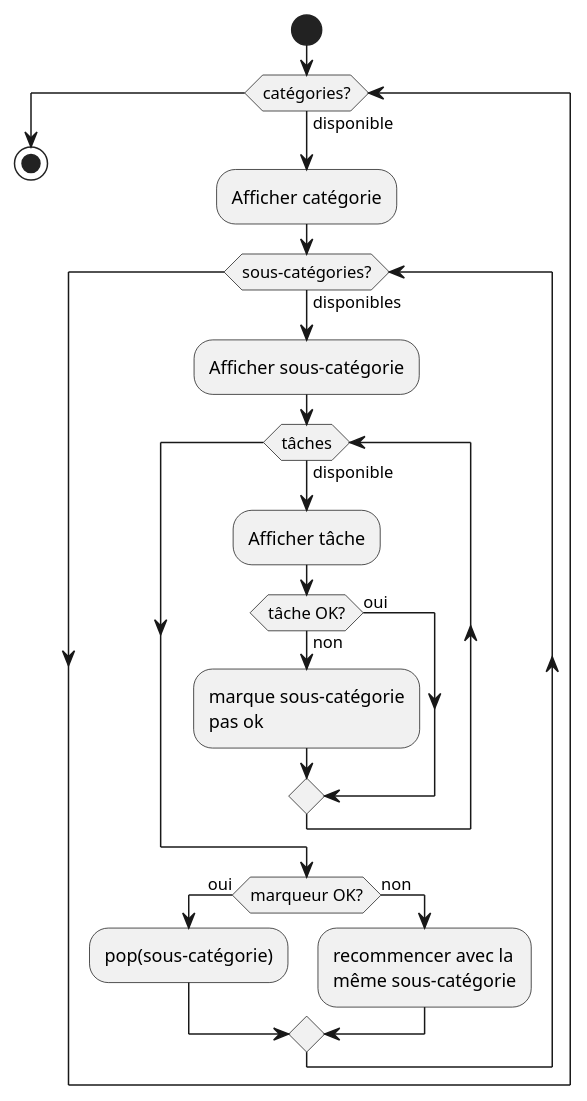
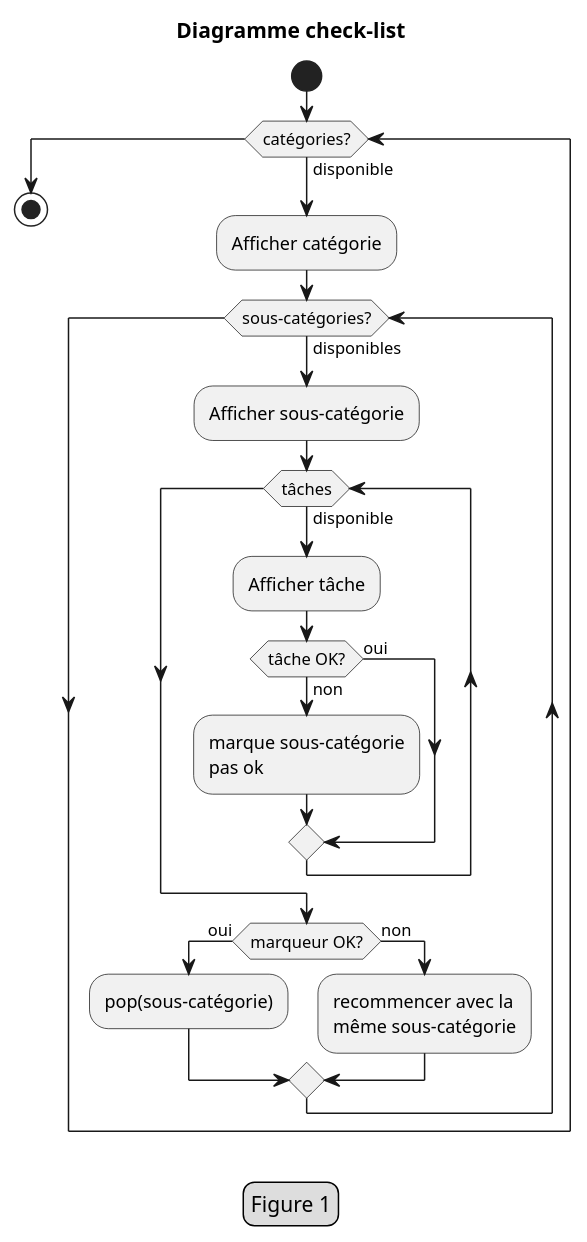
The first of 2 diagrams in TP2/README.md (HaldiH/Data-Structures), drawn with PlantUML before and after one commit. The commit also changed other lines of this file, not shown here.

````diff
--- a/TP2/README.md
+++ b/TP2/README.md
@@ -10,23 +21,34 @@
 ```plantuml
 @startuml
+
+title
+    Diagramme check-list
+end title
+
+legend
+    Figure 1
+end legend
+
 start
 while (catégories?) is (disponible)
     :Afficher catégorie;
     while (sous-catégories?) is (disponibles)
         :Afficher sous-catégorie;
         while (tâches) is (disponible)
             :Afficher tâche;
             if (tâche OK?) then (non)
                 :marque sous-catégorie\npas ok;
             else (oui)
             endif
         endwhile
         if (marqueur OK?) then (oui)
             :pop(sous-catégorie);
         else (non)
             :recommencer avec la\nmême sous-catégorie;
         endif
     endwhile
 endwhile
 stop
+
+@enduml
 ```
````
